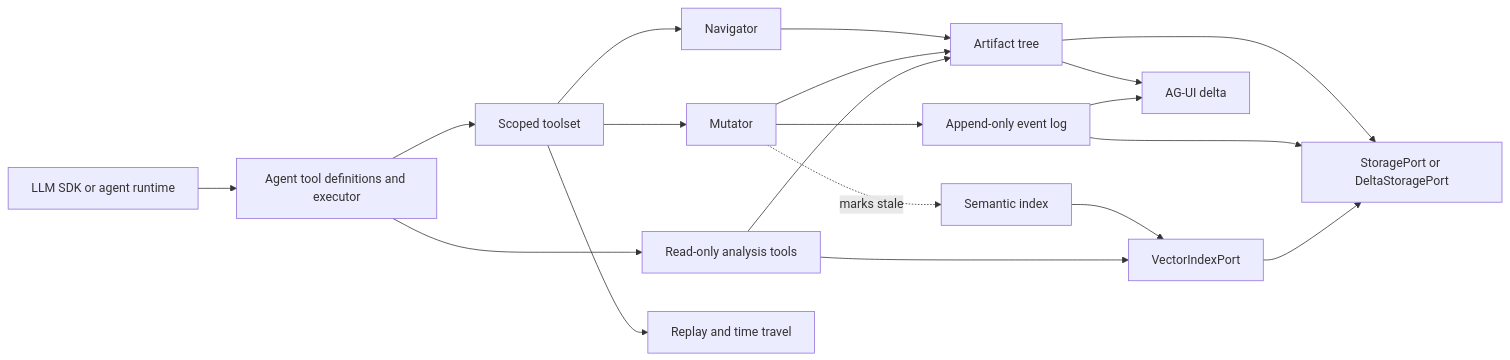
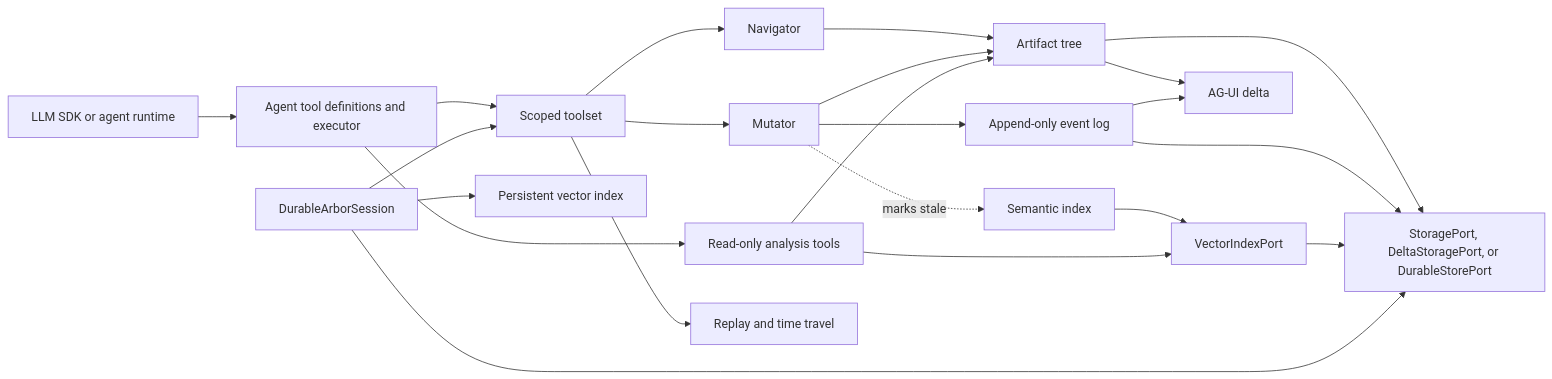
Before and after one commit to AnshiLeFlay/arborkit: the diagram in docs/architecture.md, drawn with Mermaid. The commit also changed other lines of this file and 50 other files, not shown here.

Commit message:
feat: add durable persistence alpha

````diff
--- a/docs/architecture.md
+++ b/docs/architecture.md
@@ -6,21 +6,24 @@
 ```mermaid
 flowchart LR
   Runtime[LLM SDK or agent runtime] --> Bridge[Agent tool definitions and executor]
   Bridge --> Toolset[Scoped toolset]
   Bridge --> Analysis[Read-only analysis tools]
   Toolset --> Navigator[Navigator]
   Toolset --> Mutator[Mutator]
   Toolset --> Replay[Replay and time travel]
   Navigator --> Tree[Artifact tree]
   Mutator --> Tree
   Mutator --> Log[Append-only event log]
   Mutator -. marks stale .-> Semantic[Semantic index]
   Semantic --> Vectors[VectorIndexPort]
   Analysis --> Vectors
   Analysis --> Tree
-  Tree --> Persistence[StoragePort or DeltaStoragePort]
+  Tree --> Persistence[StoragePort, DeltaStoragePort, or DurableStorePort]
   Log --> Persistence
   Vectors --> Persistence
+  Durable[DurableArborSession] --> Toolset
+  Durable --> Persistence
+  Durable --> PersistentVectors[Persistent vector index]
   Tree --> AGUI[AG-UI snapshot]
   Log --> AGUI[AG-UI delta]
 ```
````
